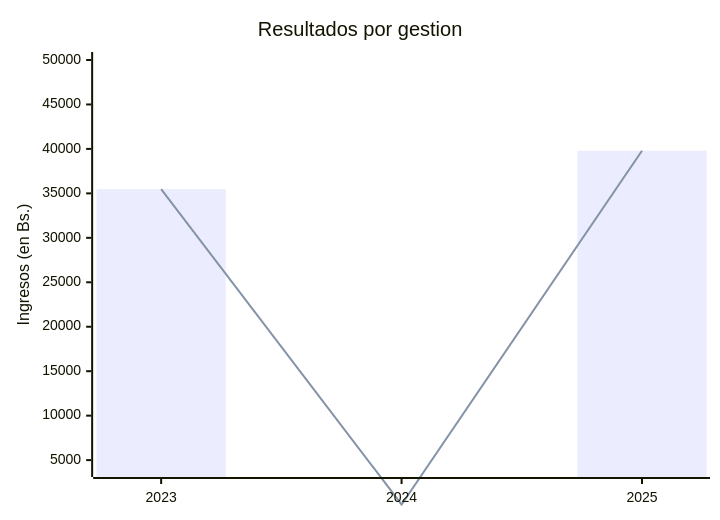
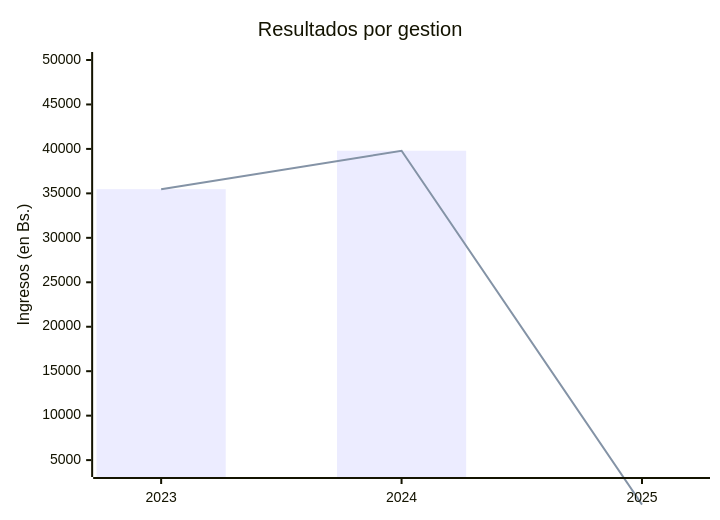
Before and after one commit to Condominio-Santa-Maria/.github: the diagram in profile/README.md, drawn with Mermaid.

````diff
--- a/profile/README.md
+++ b/profile/README.md
@@ -17,9 +17,9 @@
 ```mermaid
 xychart-beta
     title "Resultados por gestion"
     x-axis [2023, 2024, 2025]
     y-axis "Ingresos (en Bs.)" 4000 --> 50000
-    bar [35472,13, 39793.89, 0]
-    line [35472,13, 39793.89, 0]
+    bar [35472.13, 39793.89, 0]
+    line [35472.13, 39793.89, 0]
 
 ```
````
